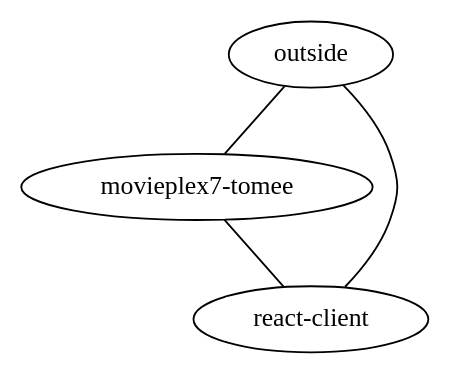
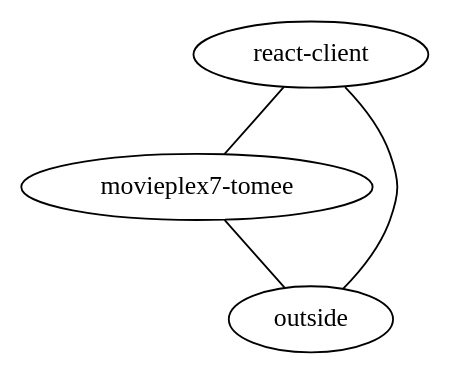
One commit to tum-i4/attack-graph-generator changed the diagram in System/examples-results/javaee/topology_graph.dot. Above: the diagram before and after it, drawn with Graphviz. The commit also changed 23 other files, not shown here.

```diff
--- a/System/examples-results/javaee/topology_graph.dot
+++ b/System/examples-results/javaee/topology_graph.dot
@@ -1,9 +1,9 @@
 // Topology Graph
 graph {
+	"react-client"
+	"movieplex7-tomee"
 	outside
-	"movieplex7-tomee"
-	"react-client"
-	outside -- "react-client" [contstraint=false]
-	outside -- "movieplex7-tomee" [contstraint=false]
-	"movieplex7-tomee" -- "react-client" [contstraint=false]
+	"react-client" -- "movieplex7-tomee" [contstraint=false]
+	"movieplex7-tomee" -- outside [contstraint=false]
+	"react-client" -- outside [contstraint=false]
 }
```
